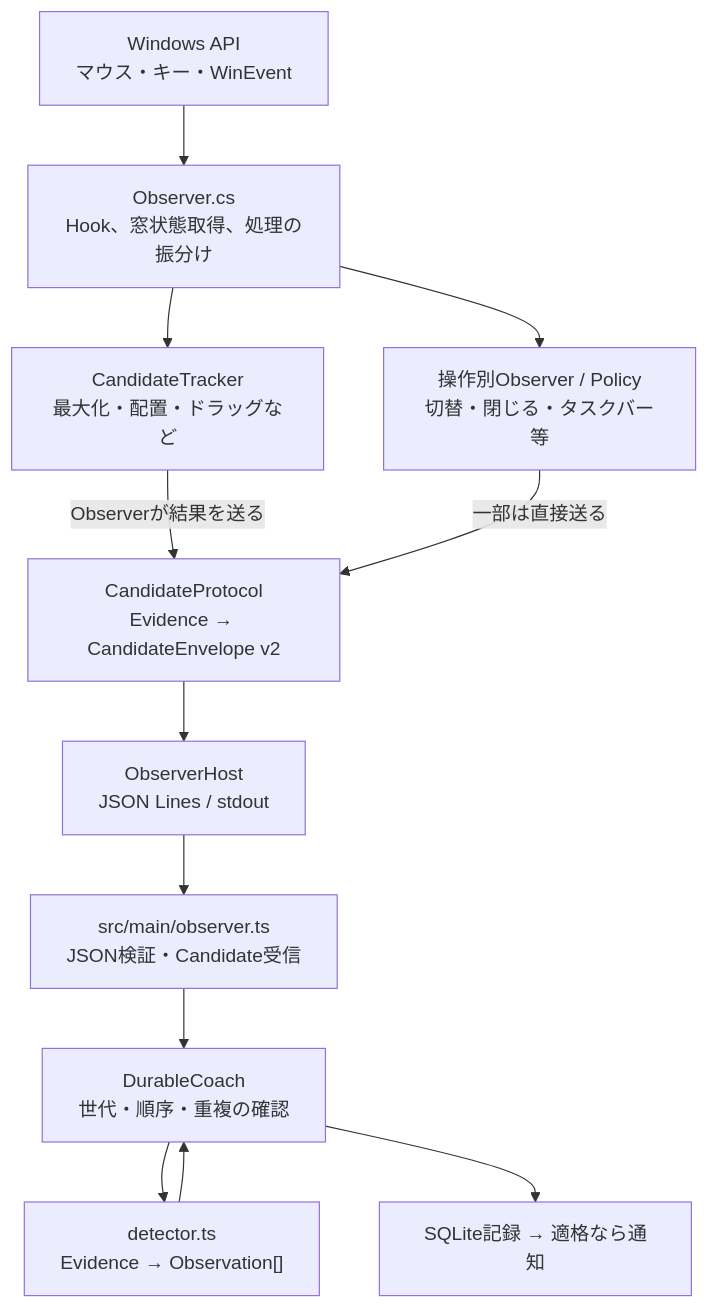
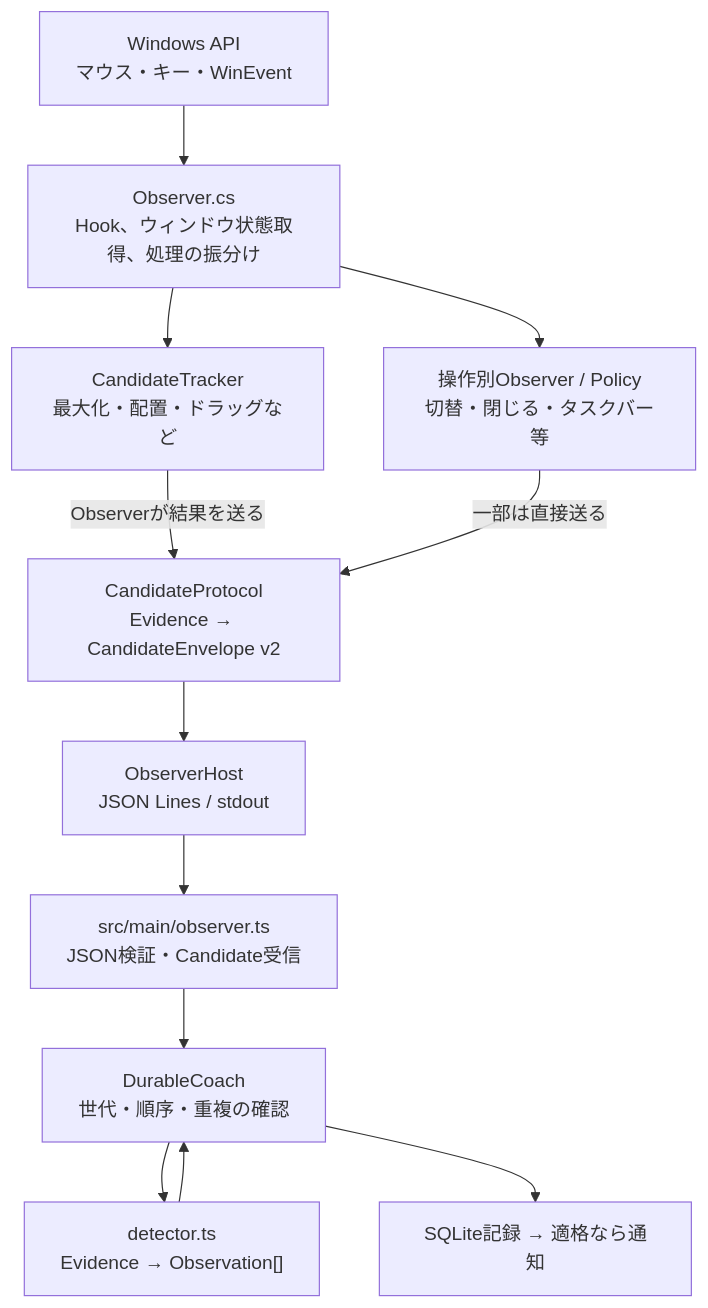
One commit to YutoMatsui21/shortcut-expert changed the diagram in docs/research/detection-architecture/current.md. Above: the diagram before and after it, drawn with Mermaid. The commit also changed other lines of this file and 64 other files, not shown here.

````diff
--- a/docs/research/detection-architecture/current.md
+++ b/docs/research/detection-architecture/current.md
@@ -7,19 +7,19 @@
 ```mermaid
 flowchart TD
     OS["Windows API<br/>マウス・キー・WinEvent"]
-    OBS["Observer.cs<br/>Hook、窓状態取得、処理の振分け"]
+    OBS["Observer.cs<br/>Hook、ウィンドウ状態取得、処理の振分け"]
     TRACK["CandidateTracker<br/>最大化・配置・ドラッグなど"]
     OTHER["操作別Observer / Policy<br/>切替・閉じる・タスクバー等"]
     PROTO["CandidateProtocol<br/>Evidence → CandidateEnvelope v2"]
     HOST["ObserverHost<br/>JSON Lines / stdout"]
     MAIN["src/main/observer.ts<br/>JSON検証・Candidate受信"]
     COACH["DurableCoach<br/>世代・順序・重複の確認"]
     DET["detector.ts<br/>Evidence → Observation[]"]
     SAVE["SQLite記録 → 適格なら通知"]
     OS --> OBS
     OBS --> TRACK
     OBS --> OTHER
     TRACK -->|"Observerが結果を送る"| PROTO
     OTHER -->|"一部は直接送る"| PROTO
     PROTO --> HOST --> MAIN --> COACH --> DET --> COACH --> SAVE
 ```
````
